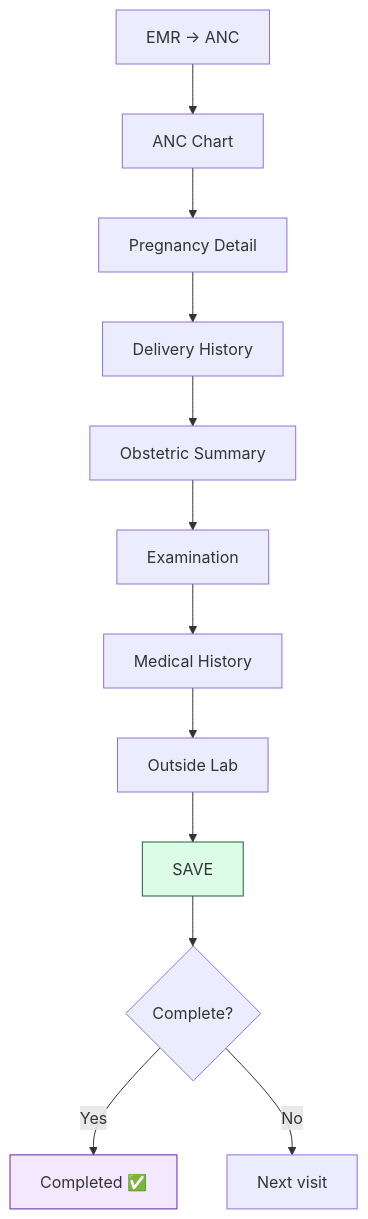
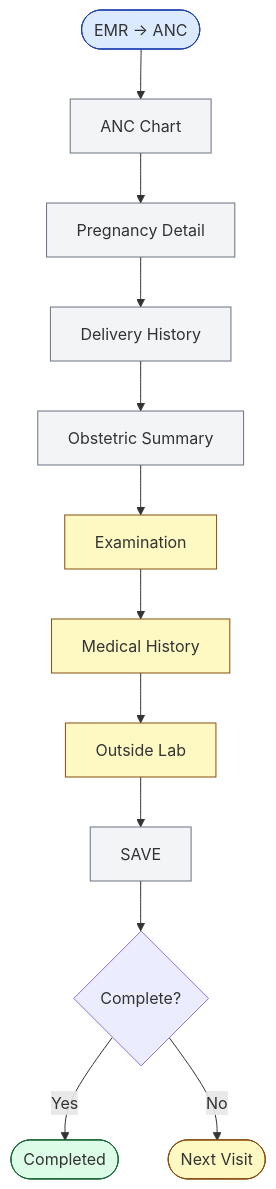
The diagram in public/charts/anc-visit-workflow.mmd (npnatt12/KMCH-HIS-Wiki), drawn with Mermaid before and after one commit. The commit also changed 96 other files, not shown here.

First line of the commit message:
feat(portal): Phase 2 complete — cheat sheets, charts, and routes

```diff
--- a/public/charts/anc-visit-workflow.mmd
+++ b/public/charts/anc-visit-workflow.mmd
@@ -1,14 +1,23 @@
 graph TB
-  A[EMR → ANC] --> B[ANC Chart]
+  A([EMR → ANC]) --> B[ANC Chart]
   B --> C[Pregnancy Detail]
   C --> D[Delivery History]
   D --> E[Obstetric Summary]
   E --> F[Examination]
   F --> G[Medical History]
   G --> H[Outside Lab]
   H --> I[SAVE]
   I --> J{Complete?}
-  J -->|Yes| K[Completed ✅]
-  J -->|No| L[Next visit]
-  style I fill:#dcfce7,stroke:#166534
-  style K fill:#f3e8ff,stroke:#6b21a8
+  J -->|Yes| K([Completed])
+  J -->|No| L([Next Visit])
+  style A fill:#dbeafe,stroke:#1e40af
+  style B fill:#f3f4f6,stroke:#6b7280
+  style C fill:#f3f4f6,stroke:#6b7280
+  style D fill:#f3f4f6,stroke:#6b7280
+  style E fill:#f3f4f6,stroke:#6b7280
+  style F fill:#fef9c3,stroke:#854d0e
+  style G fill:#fef9c3,stroke:#854d0e
+  style H fill:#fef9c3,stroke:#854d0e
+  style I fill:#f3f4f6,stroke:#6b7280
+  style K fill:#dcfce7,stroke:#166534
+  style L fill:#fef9c3,stroke:#854d0e
```
